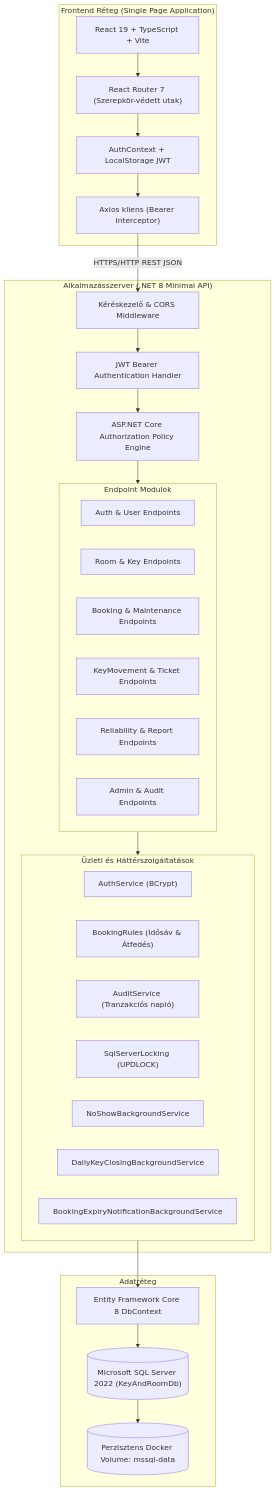
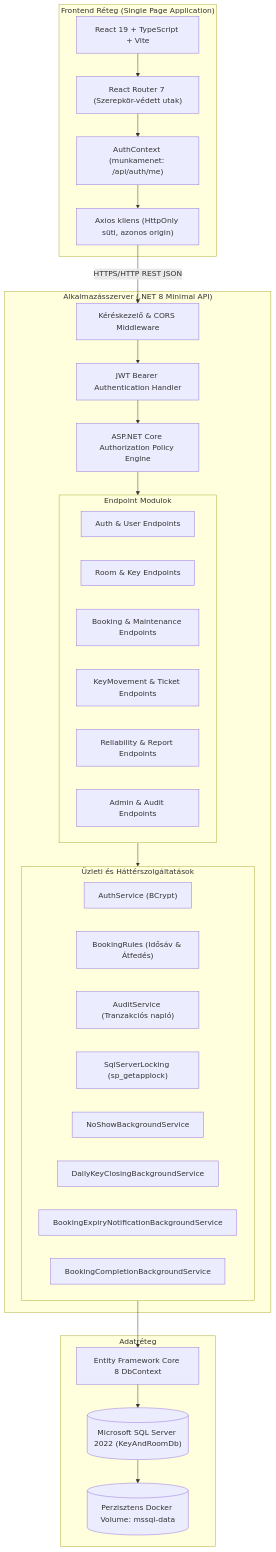
One commit to CsKitti24/ProjektLabor changed the second of 4 diagrams in projektterv.md. Above: the diagram before and after it, drawn with Mermaid. The commit also changed other lines of this file and 3 other files, not shown here.

````diff
--- a/projektterv.md
+++ b/projektterv.md
@@ -75,47 +75,48 @@
 ```mermaid
 flowchart TB
     subgraph Kliens["Frontend Réteg (Single Page Application)"]
         UI["React 19 + TypeScript + Vite"]
         Router["React Router 7 (Szerepkör-védett utak)"]
-        State["AuthContext + LocalStorage JWT"]
-        HTTP["Axios kliens (Bearer Interceptor)"]
+        State["AuthContext (munkamenet: /api/auth/me)"]
+        HTTP["Axios kliens (HttpOnly süti, azonos origin)"]
         UI --> Router --> State --> HTTP
     end
 
     subgraph Backend["Alkalmazásszerver (.NET 8 Minimal API)"]
         GW["Kéréskezelő & CORS Middleware"]
         AuthM["JWT Bearer Authentication Handler"]
         RBAC["ASP.NET Core Authorization Policy Engine"]
         
         subgraph Endpoints["Endpoint Modulok"]
             EP_Auth["Auth & User Endpoints"]
             EP_Room["Room & Key Endpoints"]
             EP_Book["Booking & Maintenance Endpoints"]
             EP_Move["KeyMovement & Ticket Endpoints"]
             EP_Rel["Reliability & Report Endpoints"]
             EP_Admin["Admin & Audit Endpoints"]
         end
 
         subgraph Services["Üzleti és Háttérszolgáltatások"]
             S_Auth["AuthService (BCrypt)"]
             S_Rules["BookingRules (Idősáv & Átfedés)"]
             S_Audit["AuditService (Tranzakciós napló)"]
-            S_Lock["SqlServerLocking (UPDLOCK)"]
+            S_Lock["SqlServerLocking (sp_getapplock)"]
             BG_NoShow["NoShowBackgroundService"]
             BG_Closing["DailyKeyClosingBackgroundService"]
             BG_Notif["BookingExpiryNotificationBackgroundService"]
+            BG_Done["BookingCompletionBackgroundService"]
         end
 
         GW --> AuthM --> RBAC --> Endpoints
         Endpoints --> Services
     end
 
     subgraph Adatbázis["Adatréteg"]
         EF["Entity Framework Core 8 DbContext"]
         DB[("Microsoft SQL Server 2022 (KeyAndRoomDb)")]
         Vol[("Perzisztens Docker Volume: mssql-data")]
         Services --> EF --> DB --> Vol
     end
 
     HTTP -->|HTTPS/HTTP REST JSON| GW
 ```
````
